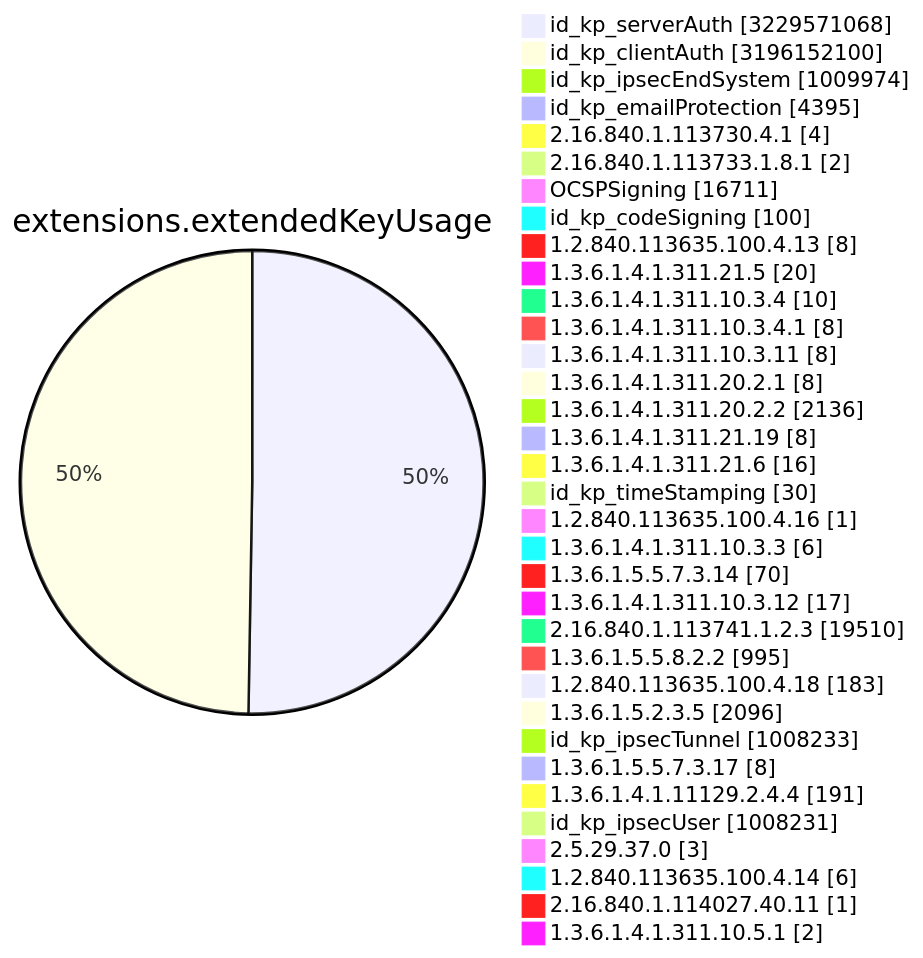
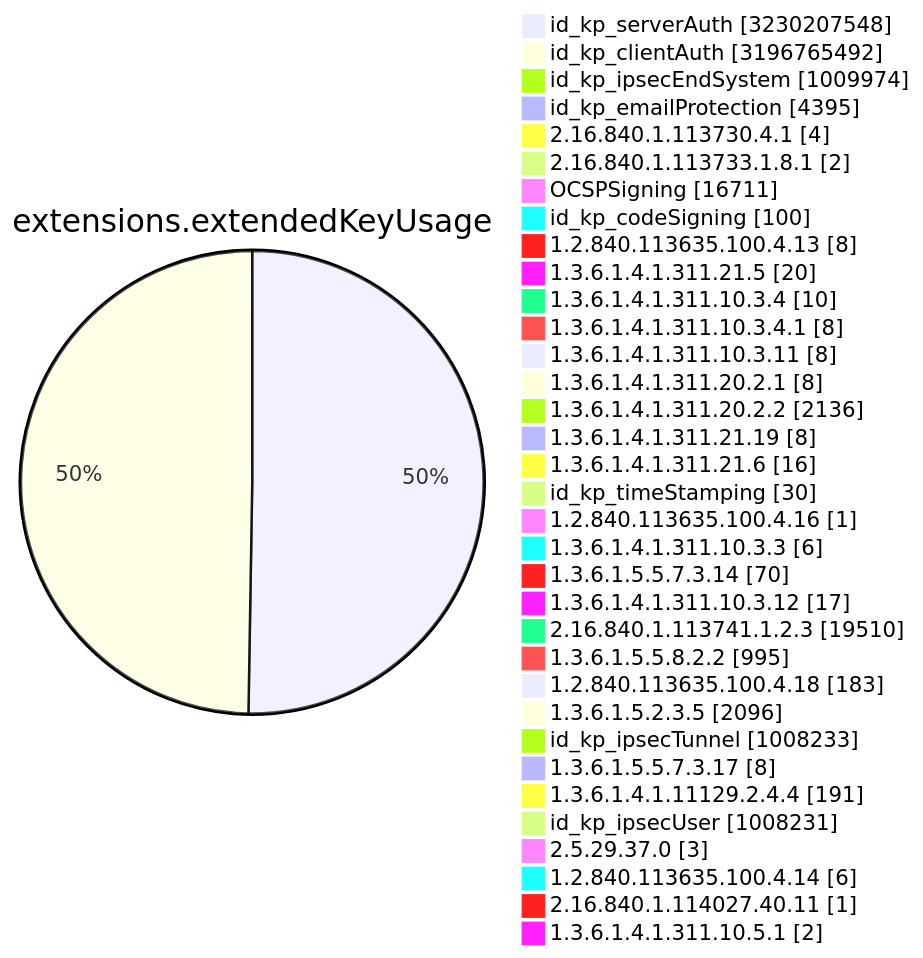
Diagram 11 of 15 in TOTAL/README.md (christiankrug/ctmonitor_visualization), drawn with Mermaid before and after one commit. The commit also changed other lines of this file, not shown here.

````diff
--- a/TOTAL/README.md
+++ b/TOTAL/README.md
@@ -4119,38 +4119,38 @@
 ```mermaid
 pie showData
 title extensions.extendedKeyUsage
-"id_kp_serverAuth" :3229571068
-"id_kp_clientAuth" :3196152100
+"id_kp_serverAuth" :3230207548
+"id_kp_clientAuth" :3196765492
 "id_kp_ipsecEndSystem" :1009974
 "id_kp_emailProtection" :4395
 "2.16.840.1.113730.4.1" :4
 "2.16.840.1.113733.1.8.1" :2
 "OCSPSigning" :16711
 "id_kp_codeSigning" :100
 "1.2.840.113635.100.4.13" :8
 "1.3.6.1.4.1.311.21.5" :20
 "1.3.6.1.4.1.311.10.3.4" :10
 "1.3.6.1.4.1.311.10.3.4.1" :8
 "1.3.6.1.4.1.311.10.3.11" :8
 "1.3.6.1.4.1.311.20.2.1" :8
 "1.3.6.1.4.1.311.20.2.2" :2136
 "1.3.6.1.4.1.311.21.19" :8
 "1.3.6.1.4.1.311.21.6" :16
 "id_kp_timeStamping" :30
 "1.2.840.113635.100.4.16" :1
 "1.3.6.1.4.1.311.10.3.3" :6
 "1.3.6.1.5.5.7.3.14" :70
 "1.3.6.1.4.1.311.10.3.12" :17
 "2.16.840.1.113741.1.2.3" :19510
 "1.3.6.1.5.5.8.2.2" :995
 "1.2.840.113635.100.4.18" :183
 "1.3.6.1.5.2.3.5" :2096
 "id_kp_ipsecTunnel" :1008233
 "1.3.6.1.5.5.7.3.17" :8
 "1.3.6.1.4.1.11129.2.4.4" :191
 "id_kp_ipsecUser" :1008231
 "2.5.29.37.0" :3
 "1.2.840.113635.100.4.14" :6
 "2.16.840.1.114027.40.11" :1
 "1.3.6.1.4.1.311.10.5.1" :2
 ```
````
